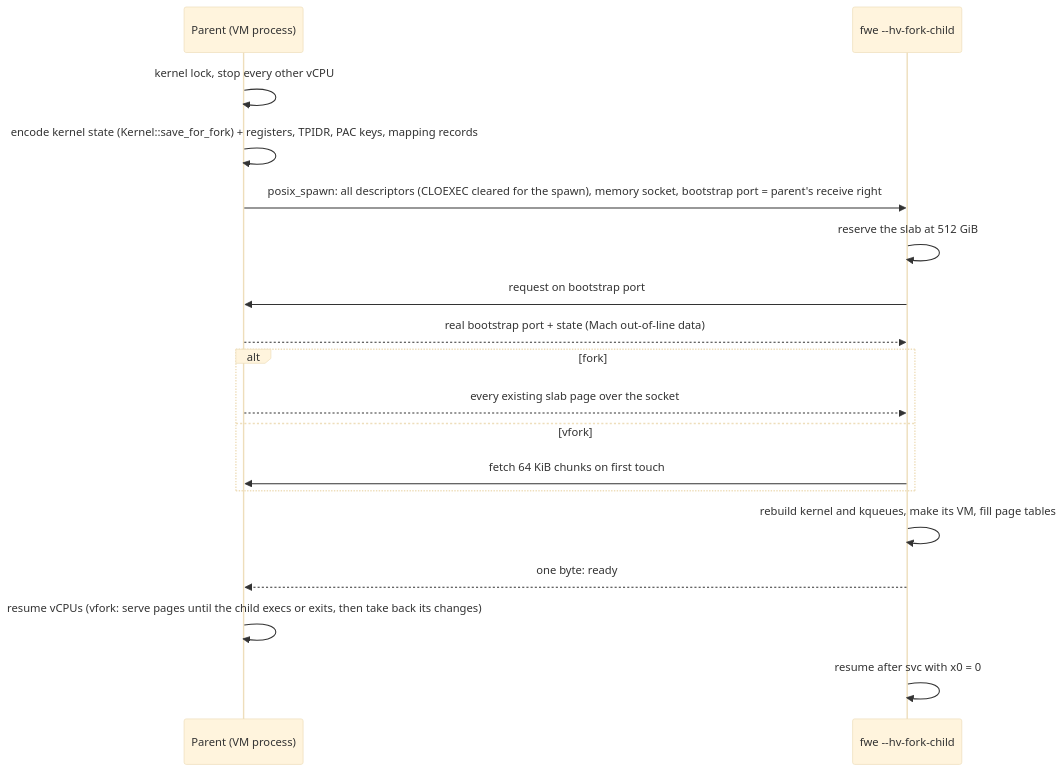
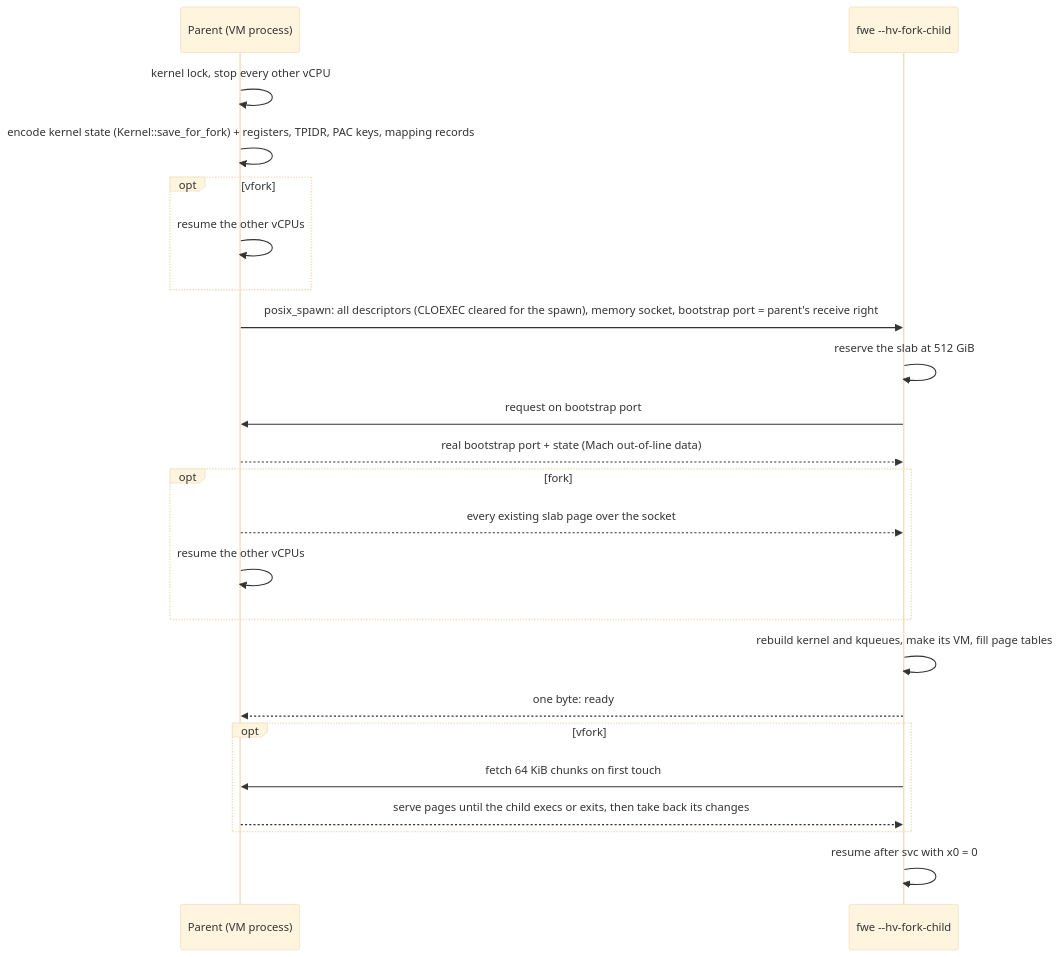
Before and after one commit to e6qu/fun-with-emulators: the sixth of 9 diagrams in docs/linux-on-macos.md, drawn with Mermaid (base theme). The commit also changed other lines of this file and 1 other file, not shown here.

Commit message:
docs: fix the fork and execve diagrams, translated-range edges and clone errors

````diff
--- a/docs/linux-on-macos.md
+++ b/docs/linux-on-macos.md
@@ -334,20 +338,25 @@
 ```mermaid
 sequenceDiagram
     participant P as Parent (VM process)
     participant C as fwe --hv-fork-child
     P->>P: kernel lock, stop every other vCPU
     P->>P: encode kernel state (Kernel::save_for_fork) + registers, TPIDR, PAC keys, mapping records
+    opt vfork
+        P->>P: resume the other vCPUs
+    end
     P->>C: posix_spawn: all descriptors (CLOEXEC cleared for the spawn), memory socket, bootstrap port = parent's receive right
     C->>C: reserve the slab at 512 GiB
     C->>P: request on bootstrap port
     P-->>C: real bootstrap port + state (Mach out-of-line data)
-    alt fork
+    opt fork
         P-->>C: every existing slab page over the socket
-    else vfork
-        C->>P: fetch 64 KiB chunks on first touch
+        P->>P: resume the other vCPUs
     end
     C->>C: rebuild kernel and kqueues, make its VM, fill page tables
     C-->>P: one byte: ready
-    P->>P: resume vCPUs (vfork: serve pages until the child execs or exits, then take back its changes)
+    opt vfork
+        C->>P: fetch 64 KiB chunks on first touch
+        P-->>C: serve pages until the child execs or exits, then take back its changes
+    end
     C->>C: resume after svc with x0 = 0
 ```
````
